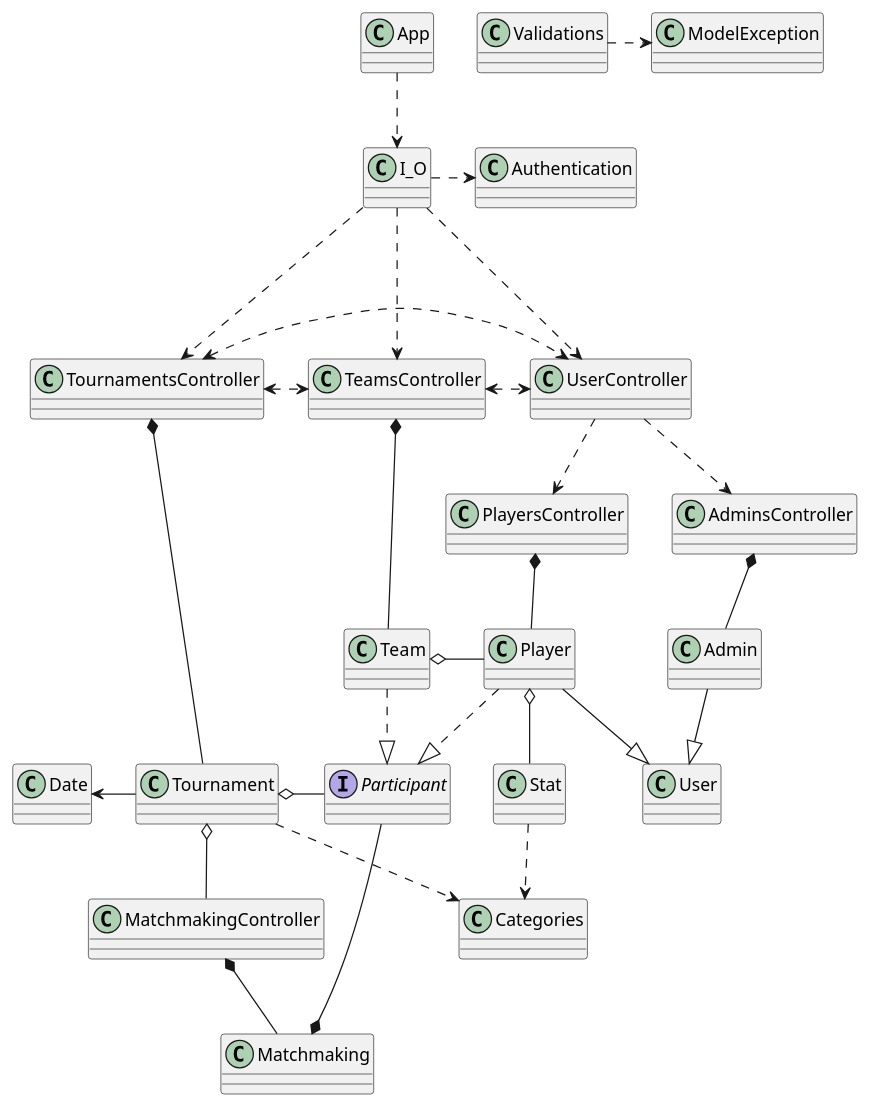
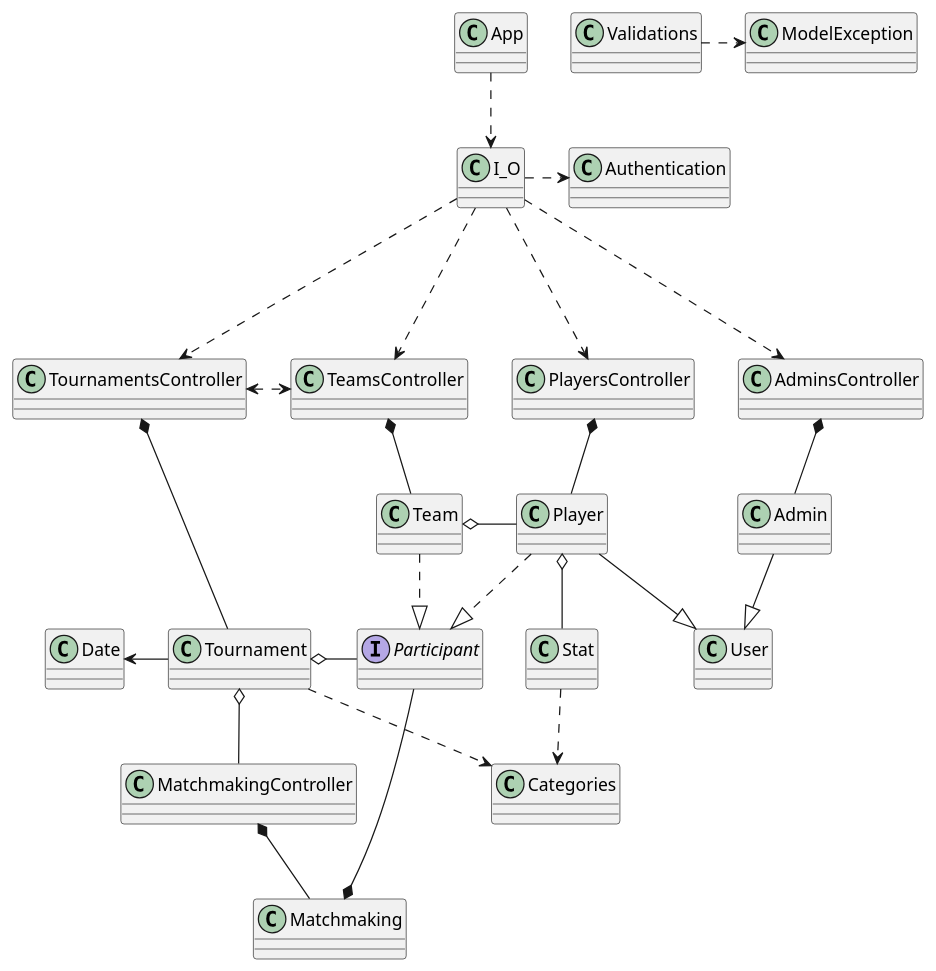
The diagram in documents/uml.puml (AlbertoArpa/POO2), drawn with PlantUML before and after one commit. The commit also changed 7 other files, not shown here.

```diff
--- a/documents/uml.puml
+++ b/documents/uml.puml
@@ -1,96 +1,90 @@
 @startuml
 
 App ..> I_O
 I_O ...> TournamentsController
 I_O ...> TeamsController
-I_O ...> UserController
+I_O ...> PlayersController
+I_O ...> AdminsController
 I_O .> Authentication
 TournamentsController <.> TeamsController
-TeamsController <.> UserController
-TournamentsController <.> UserController
-UserController ..> PlayersController
-UserController ..> AdminsController
 TournamentsController *-- Tournament
 Tournament o-- MatchmakingController
 MatchmakingController *-- Matchmaking
 AdminsController *-- Admin
 PlayersController *-- Player
 Player o-- Stat
 Stat ..> Categories
 TeamsController *-- Team
 Team o- Player
 Tournament o- Participant
 Date <- Tournament
 Tournament ..> Categories
 Team ..|> Participant
 Player ..|> Participant
 Player --|> User
 Admin --|> User
 Participant ---* Matchmaking
 Validations .> ModelException
 
 
 class App{
 }
 
 class User{
 }
 
 class Player{
 }
 
 class Admin{
 }
 
 class Categories{
 }
 
 class Stat{
 }
 
 class Team{
 }
 
 class Matchmaking{
 }
 
 class Tournament{
 }
 
 class AdminsController{
 }
 
 class PlayersController{
 }
 
 class Authentication{
 }
 
 class TournamentsController{
 }
 
 class TeamsController{
 }
 
 interface Participant{
 }
 
 class ModelException{
 }
 
 class Date{
 }
 
 class I_O{
 }
 
 class MatchmakingController{
 }
 
 class Validations{
 }
 
-class UserController{
-}
-
 @enduml
```
